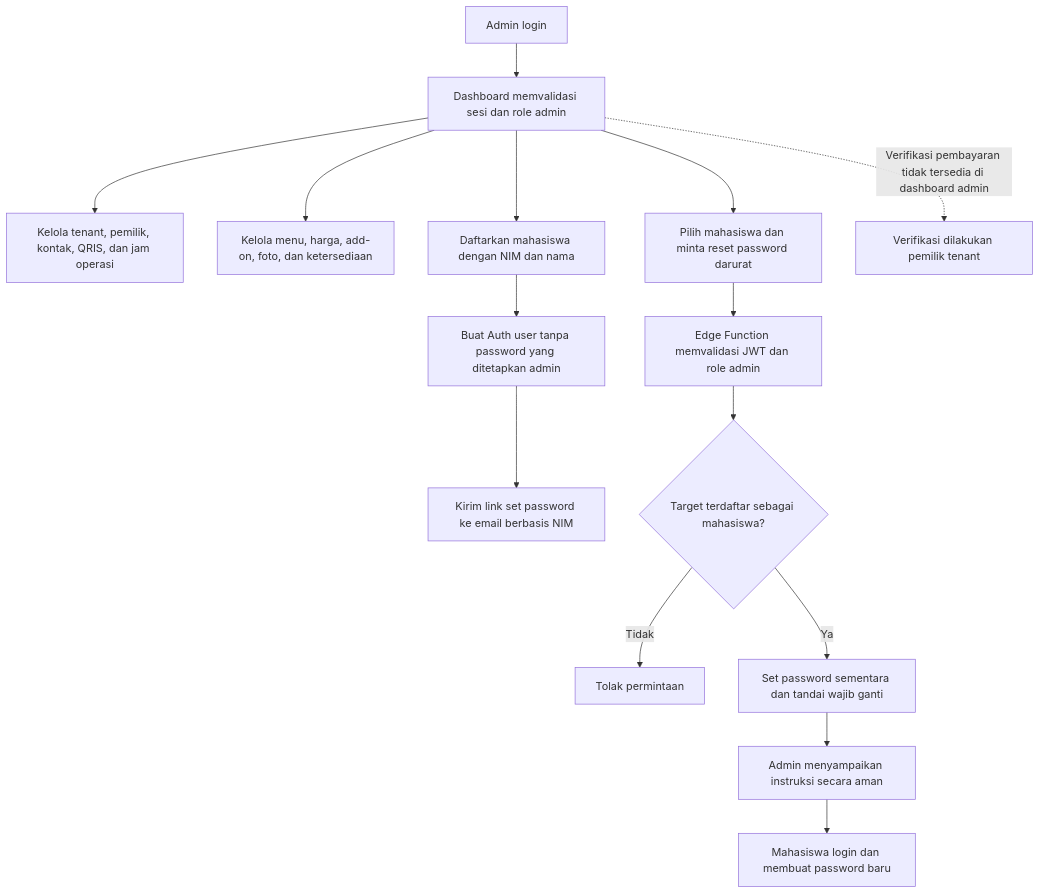
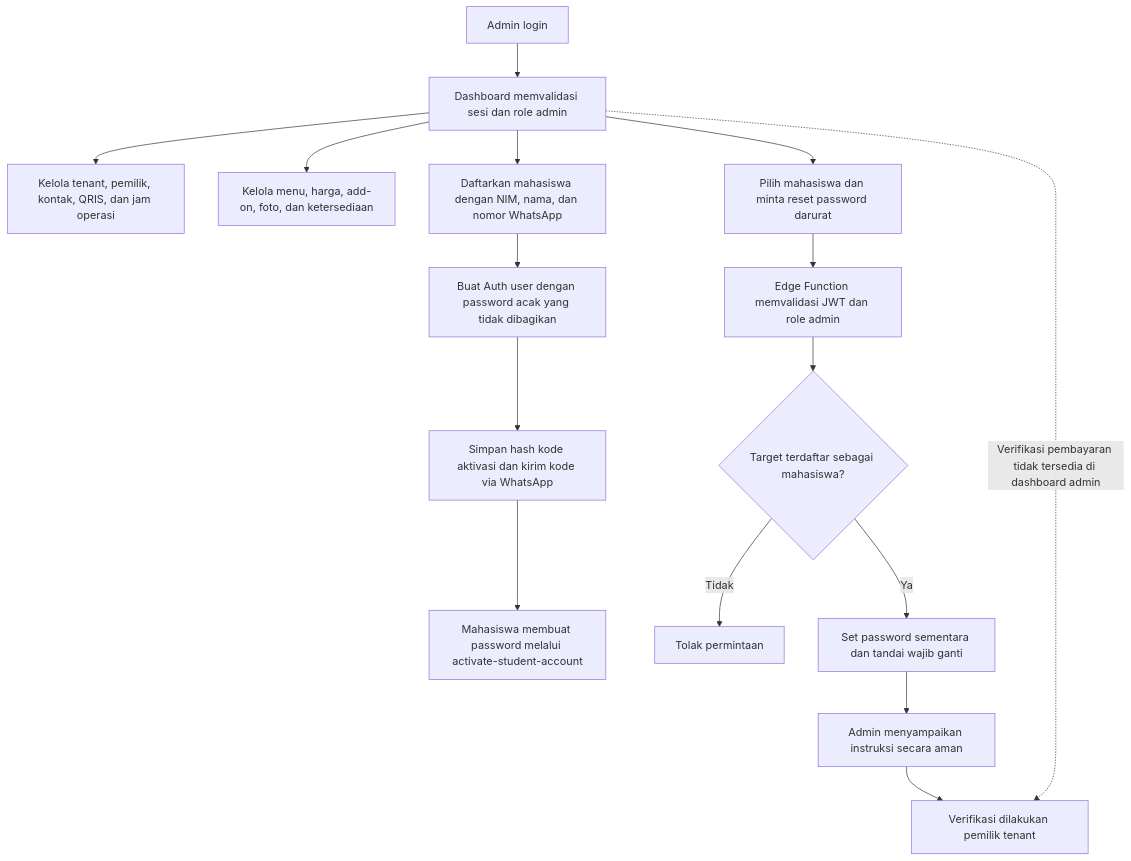
Before and after one commit to nandayudhistirawibowo/SiKantin: the fifth of 7 diagrams in FLOWCHART.md, drawn with Mermaid. The commit also changed other lines of this file and 13 other files, not shown here.

Commit message:
Fitur: Aktivasi akun mahasiswa via WA & Kode Aktivasi

````diff
--- a/FLOWCHART.md
+++ b/FLOWCHART.md
@@ -106,17 +110,18 @@
 ```mermaid
 flowchart TD
     A[Admin login] --> B[Dashboard memvalidasi sesi dan role admin]
     B --> C[Kelola tenant, pemilik, kontak, QRIS, dan jam operasi]
     B --> D[Kelola menu, harga, add-on, foto, dan ketersediaan]
-    B --> E[Daftarkan mahasiswa dengan NIM dan nama]
-    E --> F[Buat Auth user tanpa password yang ditetapkan admin]
-    F --> G[Kirim link set password ke email berbasis NIM]
-    B --> H[Pilih mahasiswa dan minta reset password darurat]
-    H --> I[Edge Function memvalidasi JWT dan role admin]
-    I --> J{Target terdaftar sebagai mahasiswa?}
-    J -- Tidak --> K[Tolak permintaan]
-    J -- Ya --> L[Set password sementara dan tandai wajib ganti]
-    L --> M[Admin menyampaikan instruksi secara aman]
-    M --> N[Mahasiswa login dan membuat password baru]
+    B --> E[Daftarkan mahasiswa dengan NIM, nama, dan nomor WhatsApp]
+    E --> F[Buat Auth user dengan password acak yang tidak dibagikan]
+    F --> G[Simpan hash kode aktivasi dan kirim kode via WhatsApp]
+    G --> H[Mahasiswa membuat password melalui activate-student-account]
+    B --> I[Pilih mahasiswa dan minta reset password darurat]
+    I --> J[Edge Function memvalidasi JWT dan role admin]
+    J --> K{Target terdaftar sebagai mahasiswa?}
+    K -- Tidak --> L[Tolak permintaan]
+    K -- Ya --> M[Set password sementara dan tandai wajib ganti]
+    M --> N[Admin menyampaikan instruksi secara aman]
+    N --> O[Mahasiswa login dan membuat password baru]
     B -. Verifikasi pembayaran tidak tersedia di dashboard admin .-> O[Verifikasi dilakukan pemilik tenant]
 ```
````
